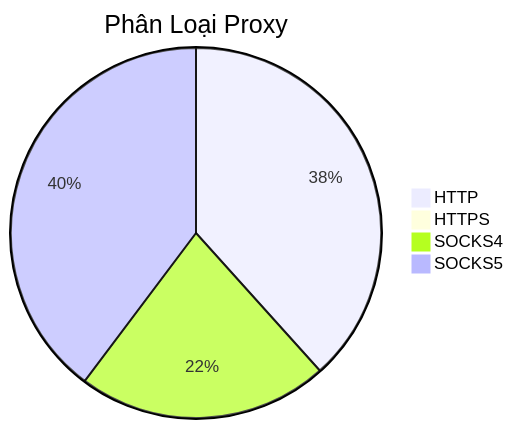
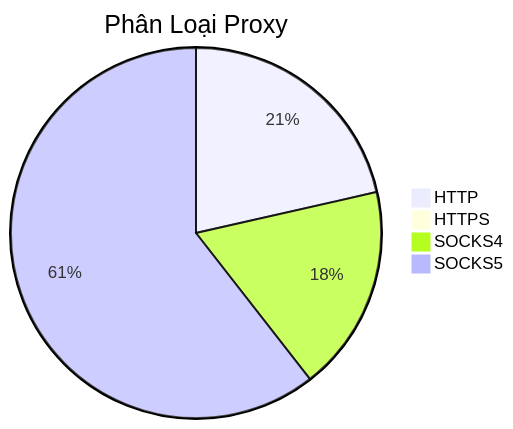
One commit to Ciara-Aa/PROXY-free changed the diagram in README.md. Above: the diagram before and after it, drawn with Mermaid. The commit also changed other lines of this file and 4 other files, not shown here.

````diff
--- a/README.md
+++ b/README.md
@@ -26,7 +26,7 @@
 ```mermaid
 pie title Phân Loại Proxy
-    "HTTP" : 411
-    "HTTPS" : 0
-    "SOCKS4" : 235
-    "SOCKS5" : 426
+    "HTTP" : 299
+    "HTTPS" : 1
+    "SOCKS4" : 251
+    "SOCKS5" : 844
 ```
````
